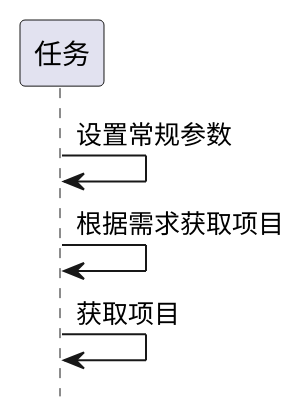
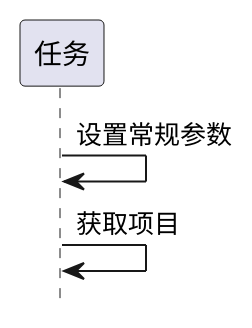
The seventh of 16 diagrams in ibizpms-docs/src/main/doc/v1/module/zentao/Task_old.md (goblinln/iBizPMS), drawn with PlantUML before and after one commit. The commit also changed other lines of this file and 563 other files, not shown here.

```diff
--- a/ibizpms-docs/src/main/doc/v1/module/zentao/Task_old.md
+++ b/ibizpms-docs/src/main/doc/v1/module/zentao/Task_old.md
@@ -420,7 +420,6 @@
 {% plantuml %}
 hide footbox
 
 任务 -> 任务: 设置常规参数
-任务 -> 任务: 根据需求获取项目
 任务 -> 任务: 获取项目
 {% endplantuml %}
```
